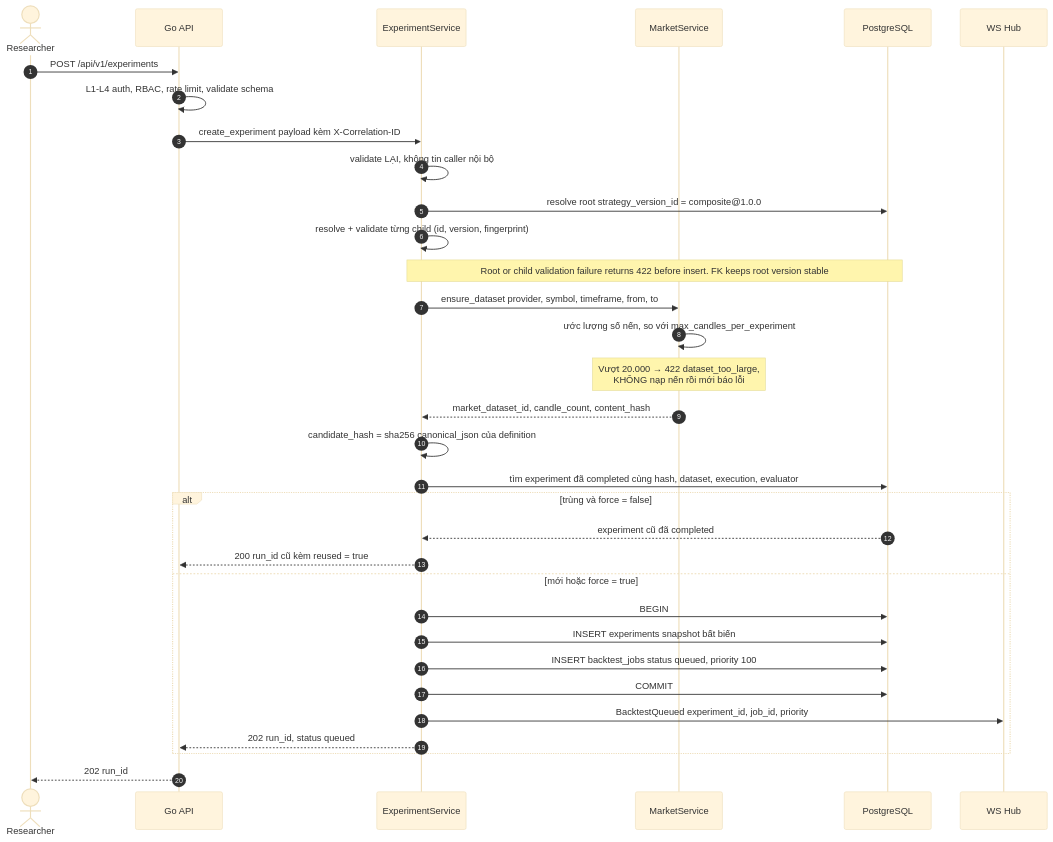
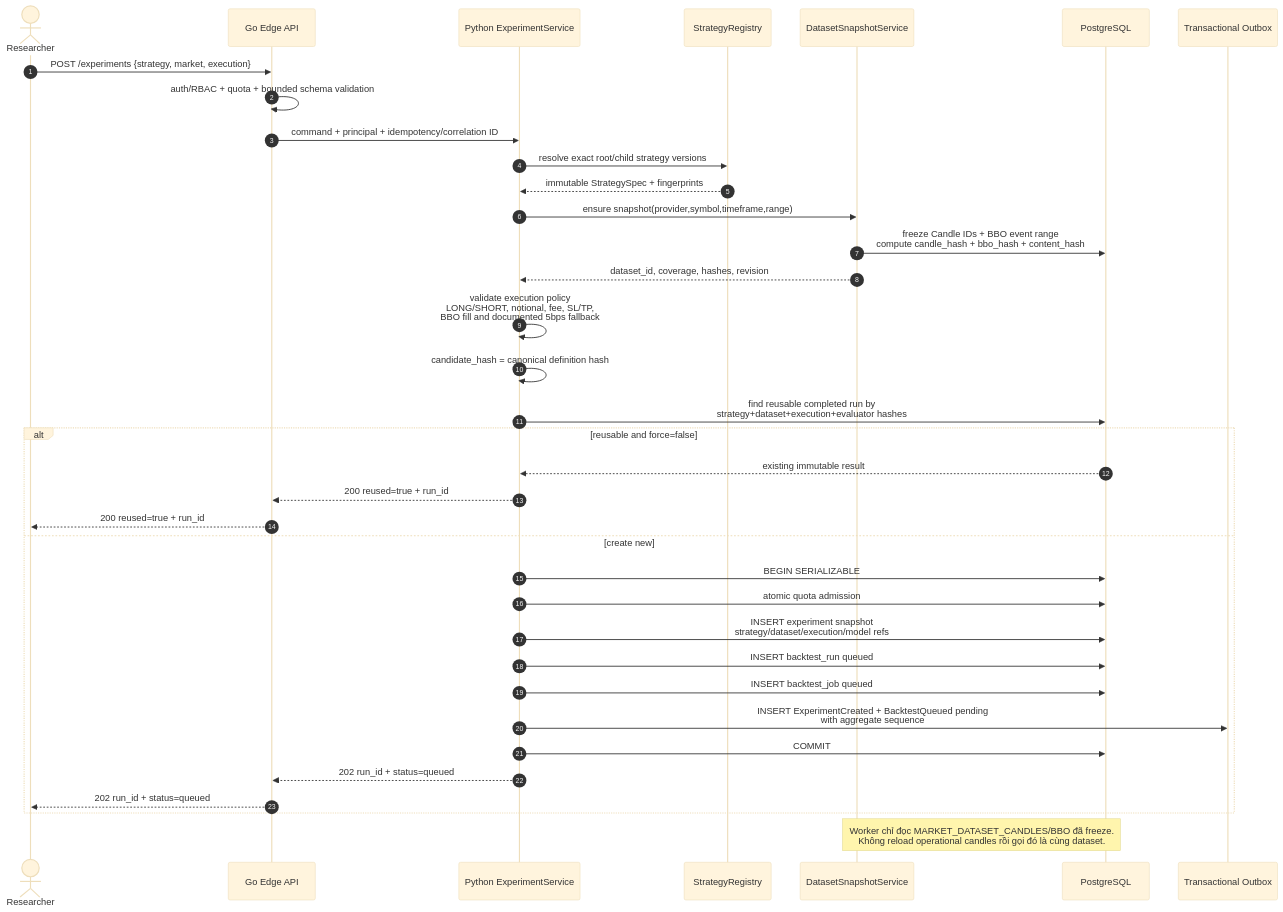
The diagram in blueprint/assets/diagrams/16-experiment-create-transaction.mmd (EnsoTech-Studio/CryptoBot), drawn with Mermaid (base theme) before and after one commit. The commit also changed 139 other files, not shown here.

```diff
--- a/blueprint/assets/diagrams/16-experiment-create-transaction.mmd
+++ b/blueprint/assets/diagrams/16-experiment-create-transaction.mmd
@@ -1,34 +1,40 @@
 sequenceDiagram
     autonumber
     actor U as Researcher
-    participant GO as Go API
-    participant EXS as ExperimentService
-    participant MS as MarketService
+    participant GO as Go Edge API
+    participant PY as Python ExperimentService
+    participant REG as StrategyRegistry
+    participant DS as DatasetSnapshotService
     participant DB as PostgreSQL
-    participant HUB as WS Hub
+    participant OUT as Transactional Outbox
 
-    U->>GO: POST /api/v1/experiments
-    GO->>GO: L1-L4 auth, RBAC, rate limit, validate schema
-    GO->>EXS: create_experiment payload kèm X-Correlation-ID
-    EXS->>EXS: validate LẠI, không tin caller nội bộ
-    EXS->>DB: resolve root strategy_version_id = composite@1.0.0
-    EXS->>EXS: resolve + validate từng child (id, version, fingerprint)
-    Note over EXS,DB: Root or child validation failure returns 422 before insert. FK keeps root version stable
-    EXS->>MS: ensure_dataset provider, symbol, timeframe, from, to
-    MS->>MS: ước lượng số nến, so với max_candles_per_experiment
-    Note over MS: Vượt 20.000 → 422 dataset_too_large,<br/>KHÔNG nạp nến rồi mới báo lỗi
-    MS-->>EXS: market_dataset_id, candle_count, content_hash
-    EXS->>EXS: candidate_hash = sha256 canonical_json của definition
-    EXS->>DB: tìm experiment đã completed cùng hash, dataset, execution, evaluator
-    alt trùng và force = false
-        DB-->>EXS: experiment cũ đã completed
-        EXS-->>GO: 200 run_id cũ kèm reused = true
-    else mới hoặc force = true
-        EXS->>DB: BEGIN
-        EXS->>DB: INSERT experiments snapshot bất biến
-        EXS->>DB: INSERT backtest_jobs status queued, priority 100
-        EXS->>DB: COMMIT
-        EXS->>HUB: BacktestQueued experiment_id, job_id, priority
-        EXS-->>GO: 202 run_id, status queued
+    U->>GO: POST /experiments {strategy, market, execution}
+    GO->>GO: auth/RBAC + quota + bounded schema validation
+    GO->>PY: command + principal + idempotency/correlation ID
+    PY->>REG: resolve exact root/child strategy versions
+    REG-->>PY: immutable StrategySpec + fingerprints
+    PY->>DS: ensure snapshot(provider,symbol,timeframe,range)
+    DS->>DB: freeze Candle IDs + BBO event range<br/>compute candle_hash + bbo_hash + content_hash
+    DS-->>PY: dataset_id, coverage, hashes, revision
+
+    PY->>PY: validate execution policy<br/>LONG/SHORT, notional, fee, SL/TP,<br/>BBO fill and documented 5bps fallback
+    PY->>PY: candidate_hash = canonical definition hash
+    PY->>DB: find reusable completed run by<br/>strategy+dataset+execution+evaluator hashes
+
+    alt reusable and force=false
+        DB-->>PY: existing immutable result
+        PY-->>GO: 200 reused=true + run_id
+        GO-->>U: 200 reused=true + run_id
+    else create new
+        PY->>DB: BEGIN SERIALIZABLE
+        PY->>DB: atomic quota admission
+        PY->>DB: INSERT experiment snapshot<br/>strategy/dataset/execution/model refs
+        PY->>DB: INSERT backtest_run queued
+        PY->>DB: INSERT backtest_job queued
+        PY->>OUT: INSERT ExperimentCreated + BacktestQueued pending<br/>with aggregate sequence
+        PY->>DB: COMMIT
+        PY-->>GO: 202 run_id + status=queued
+        GO-->>U: 202 run_id + status=queued
     end
-    GO-->>U: 202 run_id
+
+    Note over DS,DB: Worker chỉ đọc MARKET_DATASET_CANDLES/BBO đã freeze.<br/>Không reload operational candles rồi gọi đó là cùng dataset.
```
